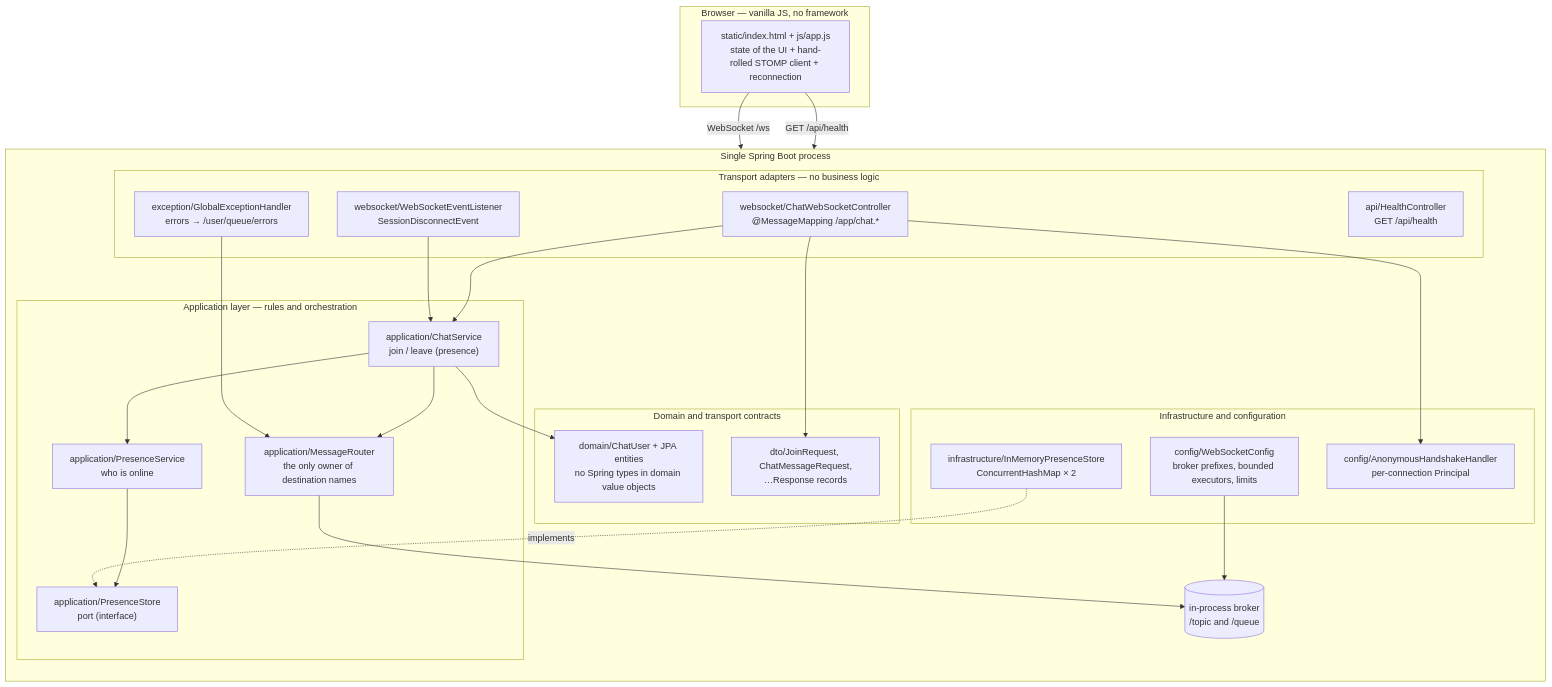
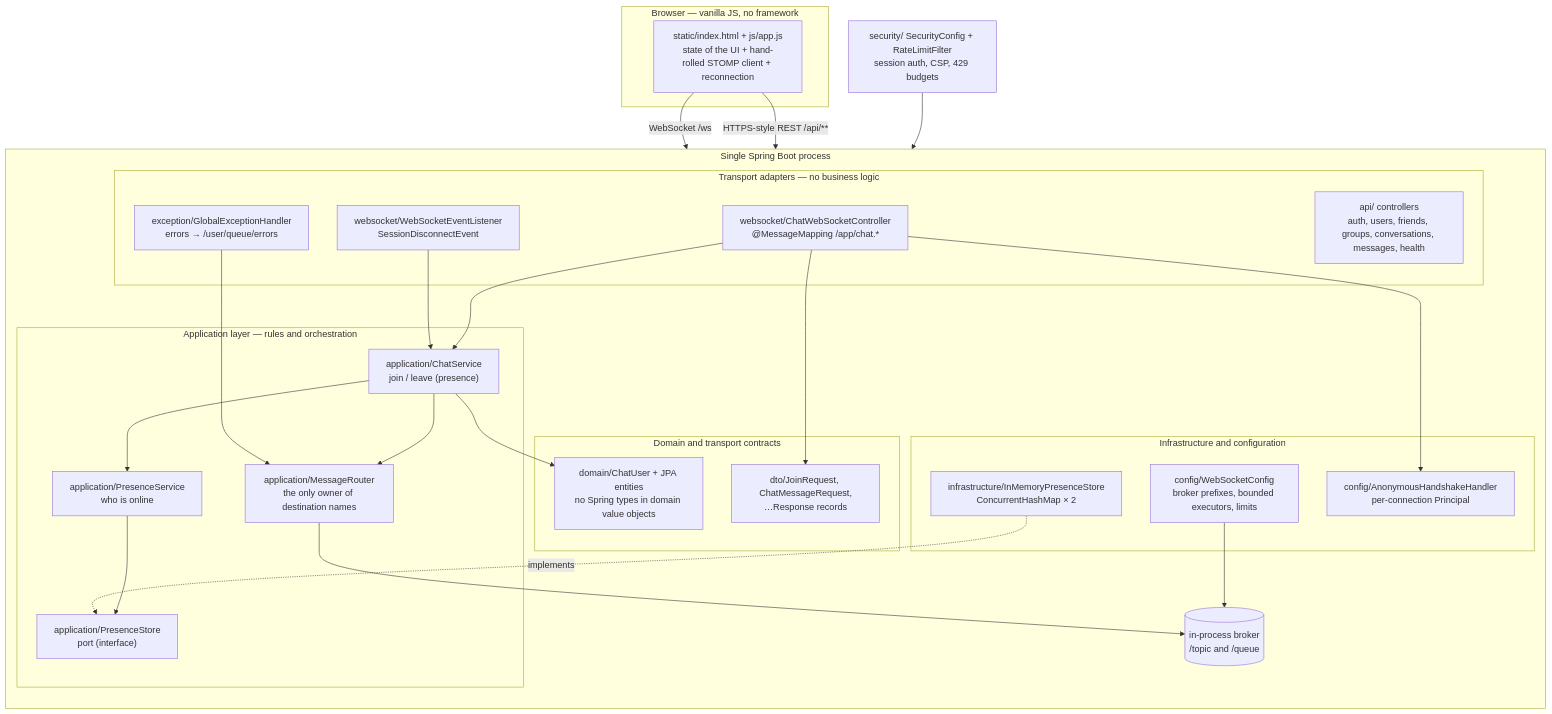
The diagram in docs/architecture.md (Temu-Bire/Distributed_Chat_Application), drawn with Mermaid before and after one commit. The commit also changed other lines of this file and 3 other files, not shown here.

First line of the commit message:
chore(docs,cleanup): bring architecture and README up to date, drop dead assets

````diff
--- a/docs/architecture.md
+++ b/docs/architecture.md
@@ -24,52 +34,53 @@
 ```mermaid
 flowchart TB
     subgraph Browser["Browser — vanilla JS, no framework"]
         UI["static/index.html + js/app.js<br/>state of the UI + hand-rolled STOMP client + reconnection"]
     end
 
     subgraph Proc["Single Spring Boot process"]
         direction TB
 
         subgraph Adapter["Transport adapters — no business logic"]
             WS["websocket/ChatWebSocketController<br/>@MessageMapping /app/chat.*"]
             LEAVE["websocket/WebSocketEventListener<br/>SessionDisconnectEvent"]
-            REST["api/HealthController<br/>GET /api/health"]
+            REST["api/ controllers<br/>auth, users, friends, groups, conversations, messages, health"]
             ADVICE["exception/GlobalExceptionHandler<br/>errors → /user/queue/errors"]
         end
 
         subgraph App["Application layer — rules and orchestration"]
             CS["application/ChatService<br/>join / leave (presence)"]
             PS["application/PresenceService<br/>who is online"]
             MR["application/MessageRouter<br/>the only owner of destination names"]
             PORT["application/PresenceStore<br/>port (interface)"]
         end
 
         subgraph Core["Domain and transport contracts"]
             D["domain/ChatUser + JPA entities<br/>no Spring types in domain value objects"]
             DTO["dto/JoinRequest, ChatMessageRequest,<br/>…Response records"]
         end
 
         subgraph Infra["Infrastructure and configuration"]
             STORE["infrastructure/InMemoryPresenceStore<br/>ConcurrentHashMap × 2"]
             CFG["config/WebSocketConfig<br/>broker prefixes, bounded executors, limits"]
             HAND["config/AnonymousHandshakeHandler<br/>per-connection Principal"]
         end
 
         BROKER[("in-process broker<br/>/topic and /queue")]
     end
 
     UI -->|WebSocket /ws| WS
-    UI -->|GET /api/health| REST
+    UI -->|HTTPS-style REST /api/**| REST
+    SEC["security/ SecurityConfig + RateLimitFilter<br/>session auth, CSP, 429 budgets"] --> REST
     WS --> CS
     LEAVE --> CS
     CS --> PS
     CS --> MR
     PS --> PORT
     STORE -. "implements" .-> PORT
     MR --> BROKER
     CFG --> BROKER
     WS --> HAND
     ADVICE --> MR
     CS --> D
     WS --> DTO
 ```
````
